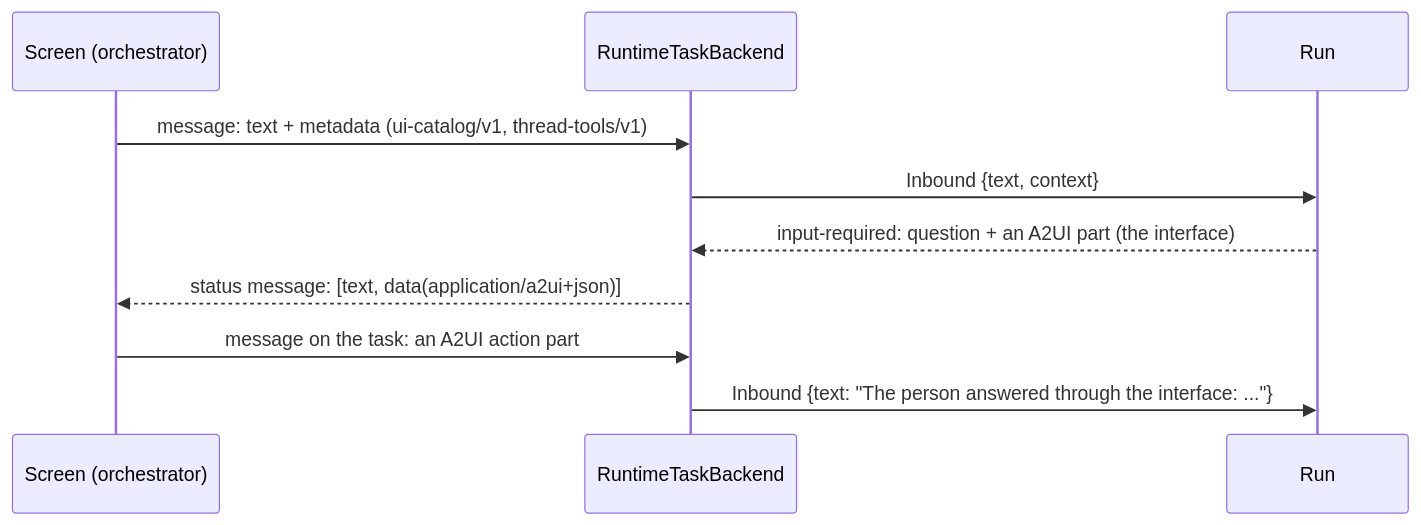
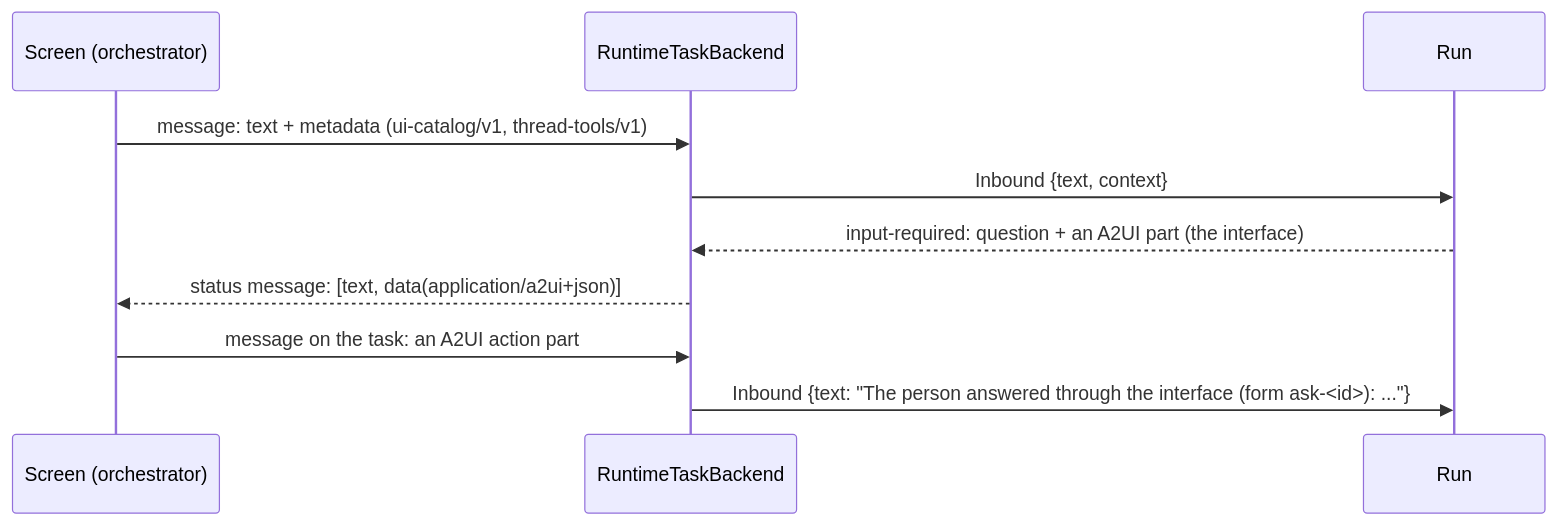
The first of 2 diagrams in crates/adam-a2a-runtime/README.md (vymalo/another-adam-rs), drawn with Mermaid before and after one commit. The commit also changed other lines of this file and 108 other files, not shown here.

````diff
--- a/crates/adam-a2a-runtime/README.md
+++ b/crates/adam-a2a-runtime/README.md
@@ -187,12 +188,12 @@
 ```mermaid
 sequenceDiagram
     participant S as Screen (orchestrator)
     participant B as RuntimeTaskBackend
     participant R as Run
     S->>B: message: text + metadata (ui-catalog/v1, thread-tools/v1)
     B->>R: Inbound {text, context}
     R-->>B: input-required: question + an A2UI part (the interface)
     B-->>S: status message: [text, data(application/a2ui+json)]
     S->>B: message on the task: an A2UI action part
-    B->>R: Inbound {text: "The person answered through the interface: ..."}
+    B->>R: Inbound {text: "The person answered through the interface (form ask-<id>): ..."}
 ```
````
